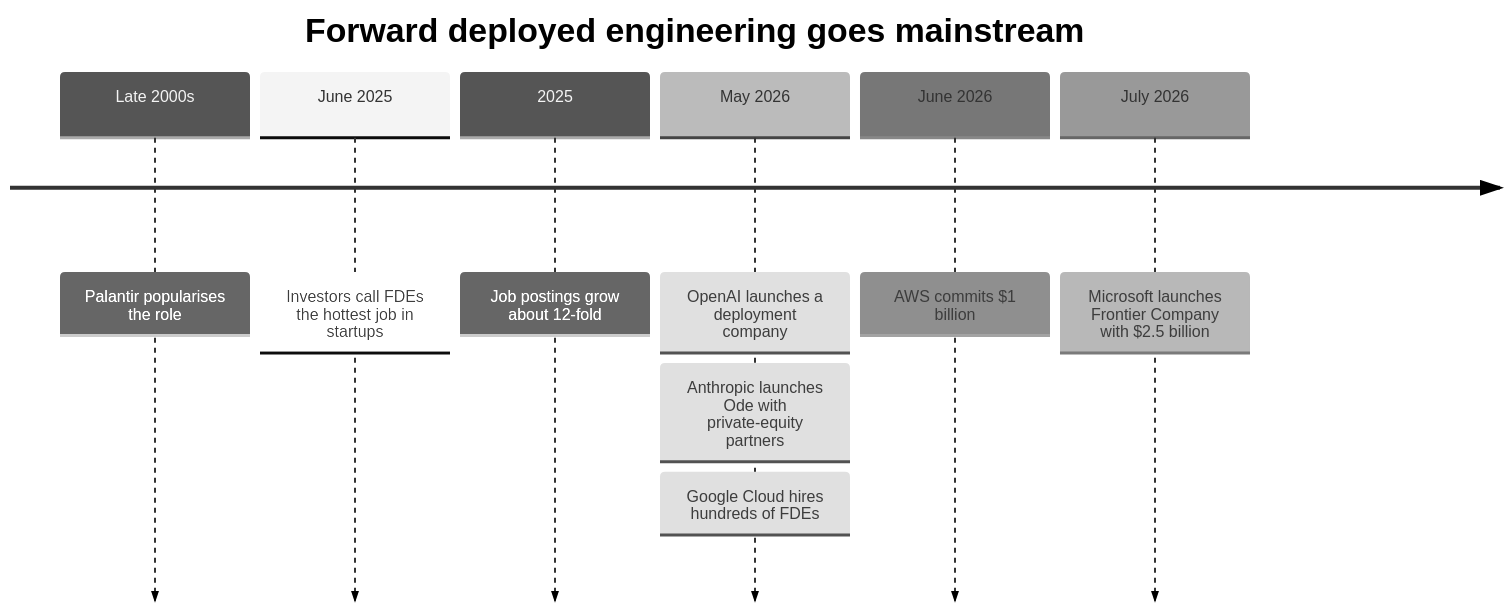
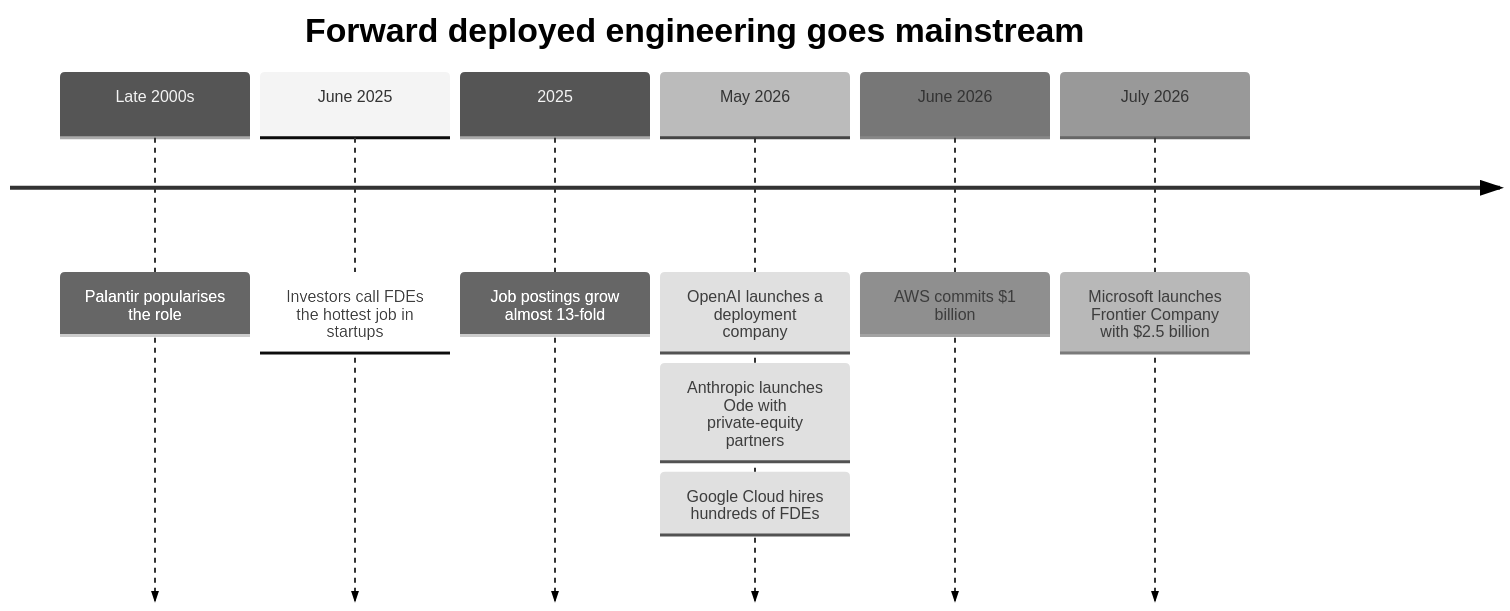
The third of 10 diagrams in README.md (mjtpena/awesome-microsoft-fde), drawn with Mermaid (neutral theme) before and after one commit. The commit also changed other lines of this file and 5 other files, not shown here.

````diff
--- a/README.md
+++ b/README.md
@@ -111,10 +111,10 @@
 ```mermaid
 timeline
     title Forward deployed engineering goes mainstream
     Late 2000s : Palantir popularises the role
     June 2025 : Investors call FDEs the hottest job in startups
-    2025 : Job postings grow about 12-fold
+    2025 : Job postings grow almost 13-fold
     May 2026 : OpenAI launches a deployment company : Anthropic launches Ode with private-equity partners : Google Cloud hires hundreds of FDEs
     June 2026 : AWS commits $1 billion
     July 2026 : Microsoft launches Frontier Company with $2.5 billion
 ```
````
